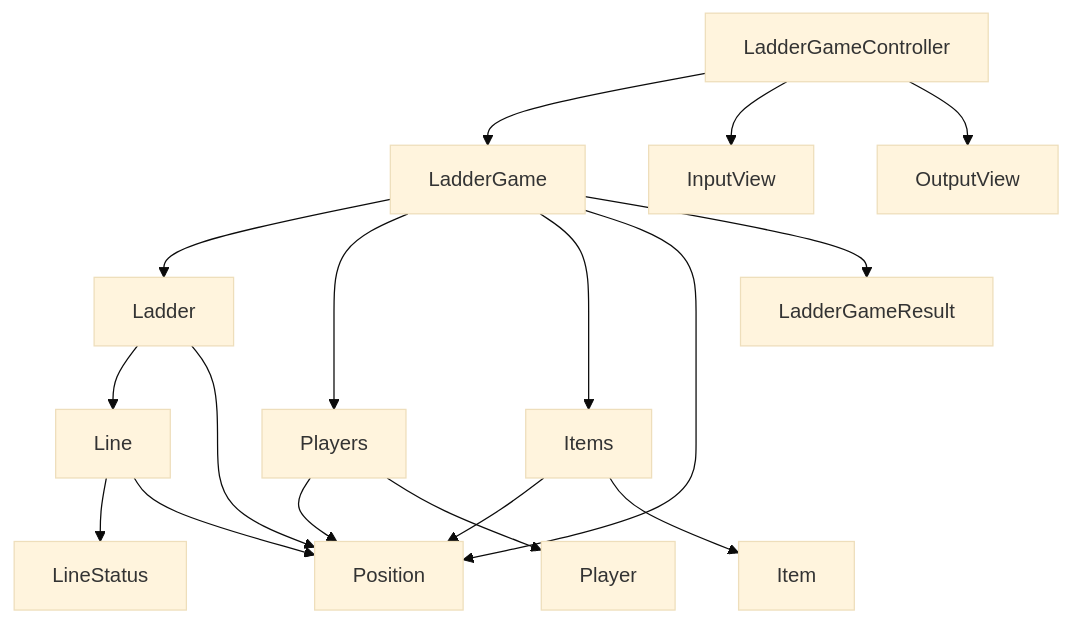
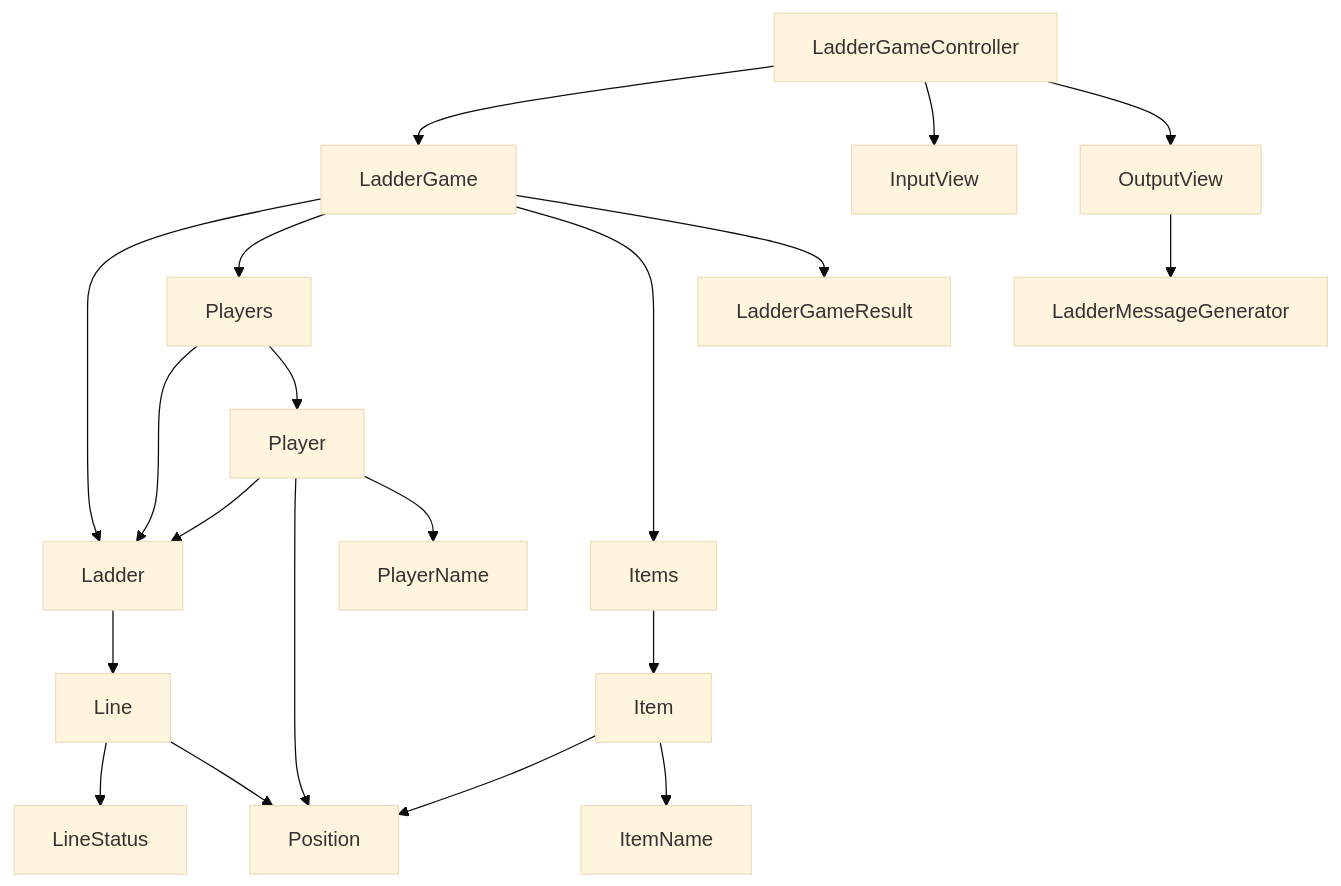
The diagram in README.md (woowacourse/java-ladder), drawn with Mermaid (base theme) before and after one commit.

Commit message:
docs: 요구사항 정리

````diff
--- a/README.md
+++ b/README.md
@@ -11,26 +11,30 @@
 ```mermaid
 graph TD
 
     LadderGameController --> LadderGame
     LadderGame --> Ladder
     LadderGame --> Players
     LadderGame --> Items
 
     Ladder --> Line
     Line --> LineStatus
+    Line --> Position
 
-    LadderGame --> Position
-    Ladder --> Position
-    Items --> Position
-    Line --> Position
-    Players --> Position
+    Players --> Ladder
+    Player --> Ladder
+
+    Item --> Position
+    Player --> Position
+
 
     LadderGame --> LadderGameResult
 
-    Items --> Item
-    Players --> Player
+    Items --> Item --> ItemName
+    Players --> Player --> PlayerName
 
     LadderGameController --> InputView
     LadderGameController --> OutputView
 
+    OutputView --> LadderMessageGenerator
+
 ```
````
